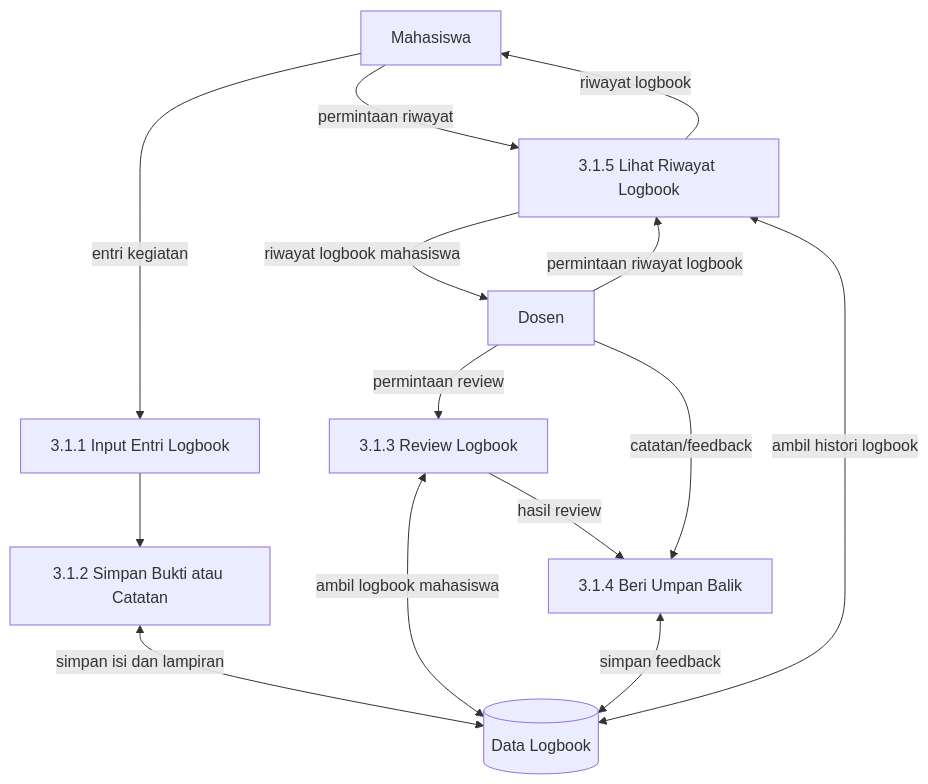
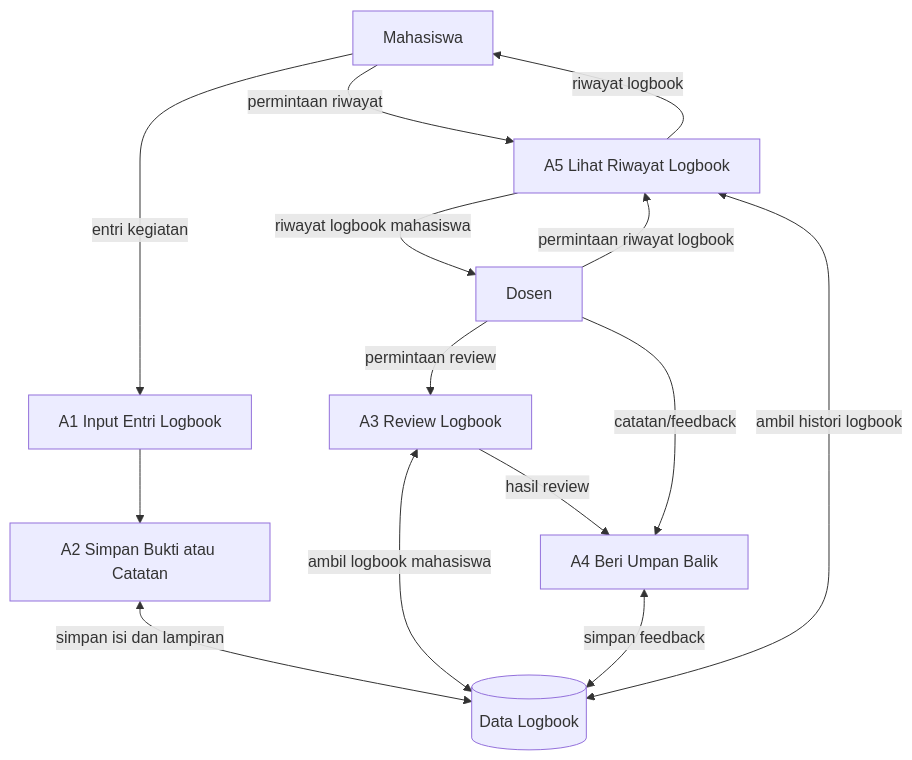
Before and after one commit to taufiq1285/sistem-pwa: the tenth of 13 diagrams in docs/DFD.md, drawn with Mermaid. The commit also changed other lines of this file and 69 other files, not shown here.

````diff
--- a/docs/DFD.md
+++ b/docs/DFD.md
@@ -440,26 +508,26 @@
 ```mermaid
 graph TB
     Mahasiswa[Mahasiswa]
     Dosen[Dosen]
     D1[(Data Logbook)]
  
-    P8_1[3.1.1 Input Entri Logbook]
-    P8_2[3.1.2 Simpan Bukti atau Catatan]
-    P8_3[3.1.3 Review Logbook]
-    P8_4[3.1.4 Beri Umpan Balik]
-    P8_5[3.1.5 Lihat Riwayat Logbook]
+    P8_1[A1 Input Entri Logbook]
+    P8_2[A2 Simpan Bukti atau Catatan]
+    P8_3[A3 Review Logbook]
+    P8_4[A4 Beri Umpan Balik]
+    P8_5[A5 Lihat Riwayat Logbook]
  
     Mahasiswa -->|entri kegiatan| P8_1
     P8_1 --> P8_2
     P8_2 <-->|simpan isi dan lampiran| D1
     Dosen -->|permintaan review| P8_3
     P8_3 <-->|ambil logbook mahasiswa| D1
     P8_3 -->|hasil review| P8_4
     Dosen -->|catatan/feedback| P8_4
     P8_4 <-->|simpan feedback| D1
     Mahasiswa -->|permintaan riwayat| P8_5
     Dosen -->|permintaan riwayat logbook| P8_5
     P8_5 <-->|ambil histori logbook| D1
     P8_5 -->|riwayat logbook| Mahasiswa
     P8_5 -->|riwayat logbook mahasiswa| Dosen
 ```
````
